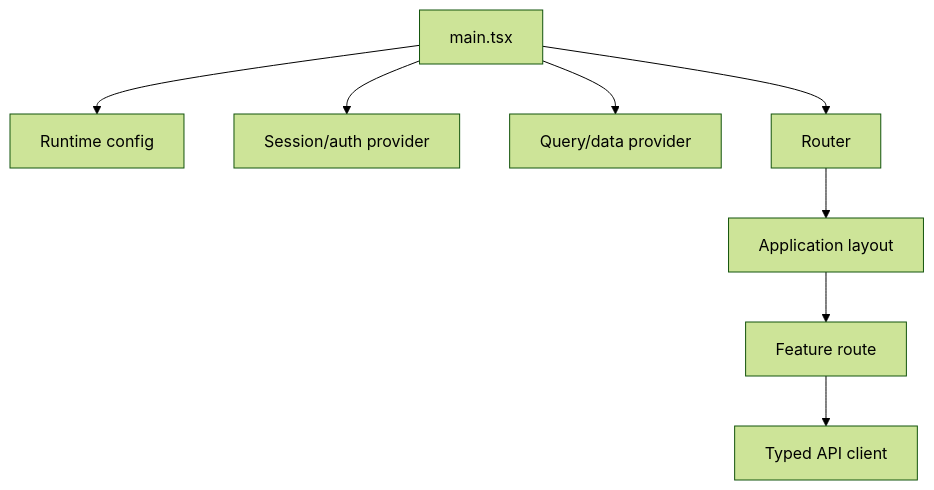
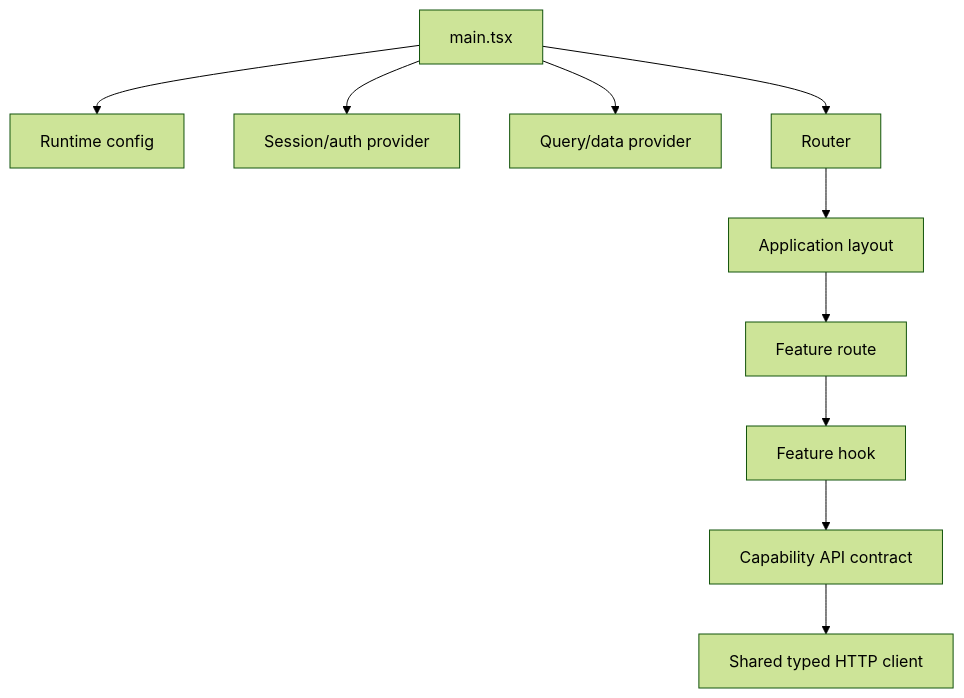
Before and after one commit to migangdelzar/emme-web: the diagram in docs/architecture/02-frontend/app.md, drawn with Mermaid (forest theme). The commit also changed other lines of this file and 21 other files, not shown here.

Commit message:
refactor(api): use capability contracts in feature hooks

````diff
--- a/docs/architecture/02-frontend/app.md
+++ b/docs/architecture/02-frontend/app.md
@@ -23,10 +23,12 @@
 ```mermaid
 flowchart TB
     MAIN[main.tsx] --> CONFIG[Runtime config]
     MAIN --> SESSION[Session/auth provider]
     MAIN --> DATA[Query/data provider]
     MAIN --> ROUTER[Router]
     ROUTER --> LAYOUT[Application layout]
     LAYOUT --> FEATURE[Feature route]
-    FEATURE --> API[Typed API client]
+    FEATURE --> HOOK[Feature hook]
+    HOOK --> CONTRACT[Capability API contract]
+    CONTRACT --> CLIENT[Shared typed HTTP client]
 ```
````
